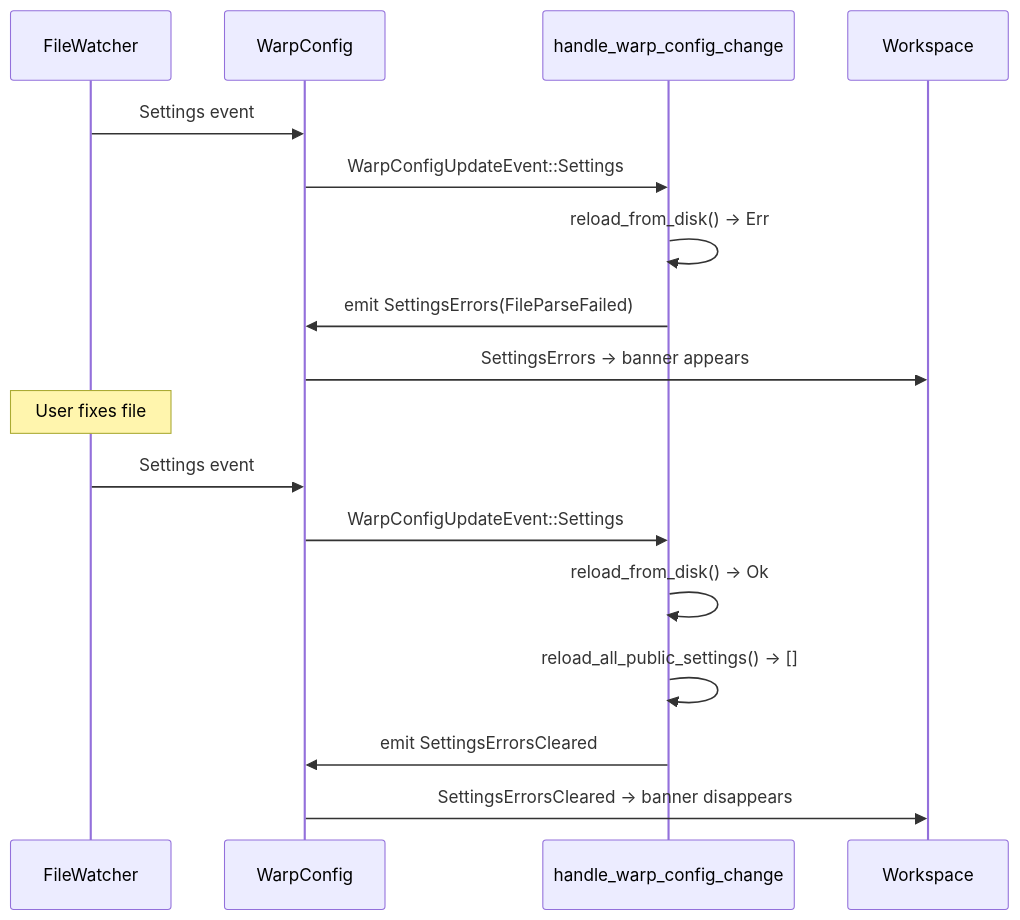
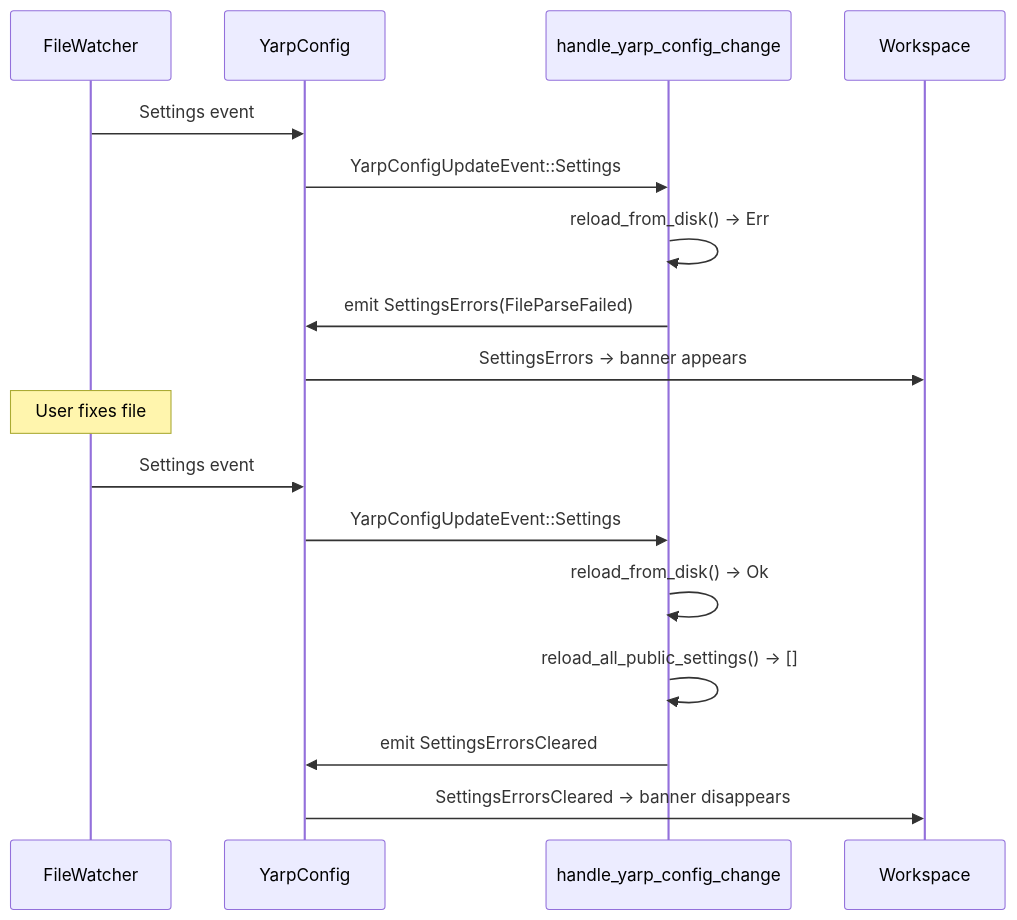
Before and after one commit to nikhilramakrishnan/yarp: the second of 2 diagrams in specs/danielpeng/QUALITY-429/TECH.md, drawn with Mermaid. The commit also changed other lines of this file and 516 other files, not shown here.

````diff
--- a/specs/danielpeng/QUALITY-429/TECH.md
+++ b/specs/danielpeng/QUALITY-429/TECH.md
@@ -106,21 +106,21 @@
 ```mermaid
 sequenceDiagram
     participant FileWatcher
-    participant WarpConfig
-    participant Handler as handle_warp_config_change
+    participant YarpConfig
+    participant Handler as handle_yarp_config_change
     participant Workspace
 
-    FileWatcher->>WarpConfig: Settings event
-    WarpConfig->>Handler: WarpConfigUpdateEvent::Settings
+    FileWatcher->>YarpConfig: Settings event
+    YarpConfig->>Handler: YarpConfigUpdateEvent::Settings
     Handler->>Handler: reload_from_disk() → Err
-    Handler->>WarpConfig: emit SettingsErrors(FileParseFailed)
-    WarpConfig->>Workspace: SettingsErrors → banner appears
+    Handler->>YarpConfig: emit SettingsErrors(FileParseFailed)
+    YarpConfig->>Workspace: SettingsErrors → banner appears
 
     Note over FileWatcher: User fixes file
-    FileWatcher->>WarpConfig: Settings event
-    WarpConfig->>Handler: WarpConfigUpdateEvent::Settings
+    FileWatcher->>YarpConfig: Settings event
+    YarpConfig->>Handler: YarpConfigUpdateEvent::Settings
     Handler->>Handler: reload_from_disk() → Ok
     Handler->>Handler: reload_all_public_settings() → []
-    Handler->>WarpConfig: emit SettingsErrorsCleared
-    WarpConfig->>Workspace: SettingsErrorsCleared → banner disappears
+    Handler->>YarpConfig: emit SettingsErrorsCleared
+    YarpConfig->>Workspace: SettingsErrorsCleared → banner disappears
 ```
````
